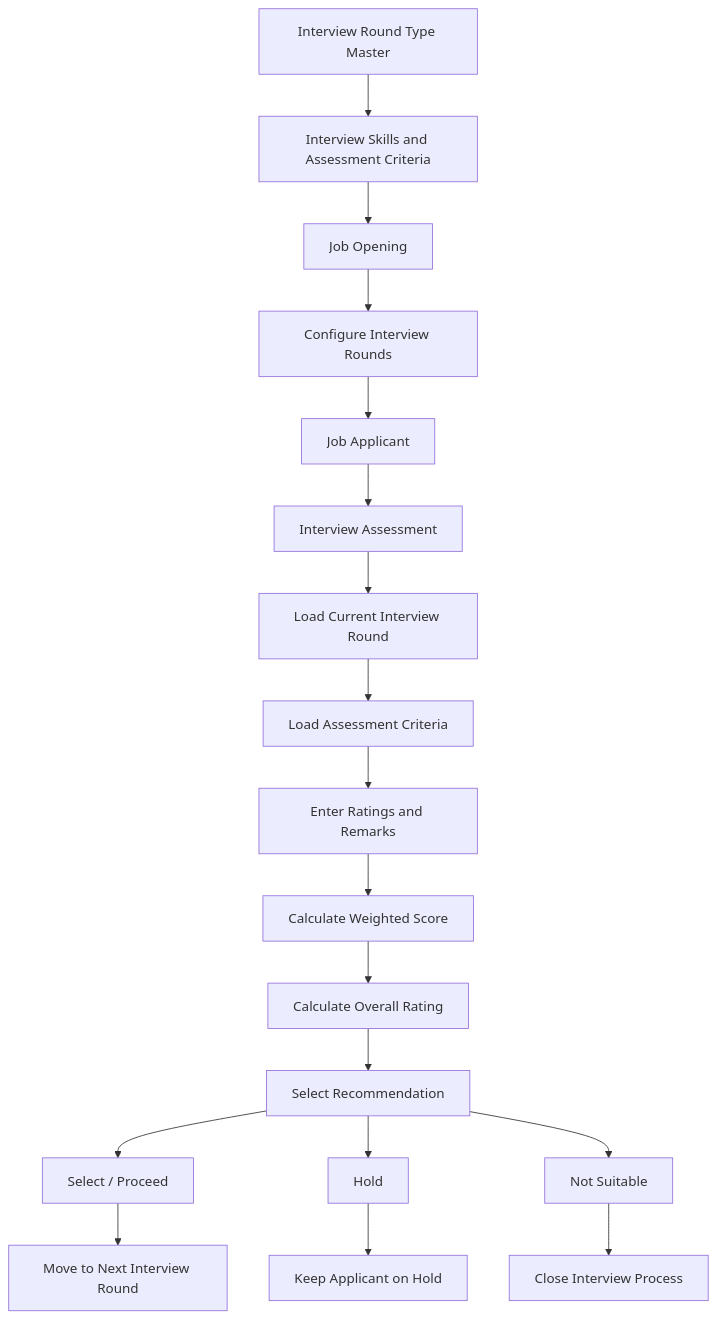
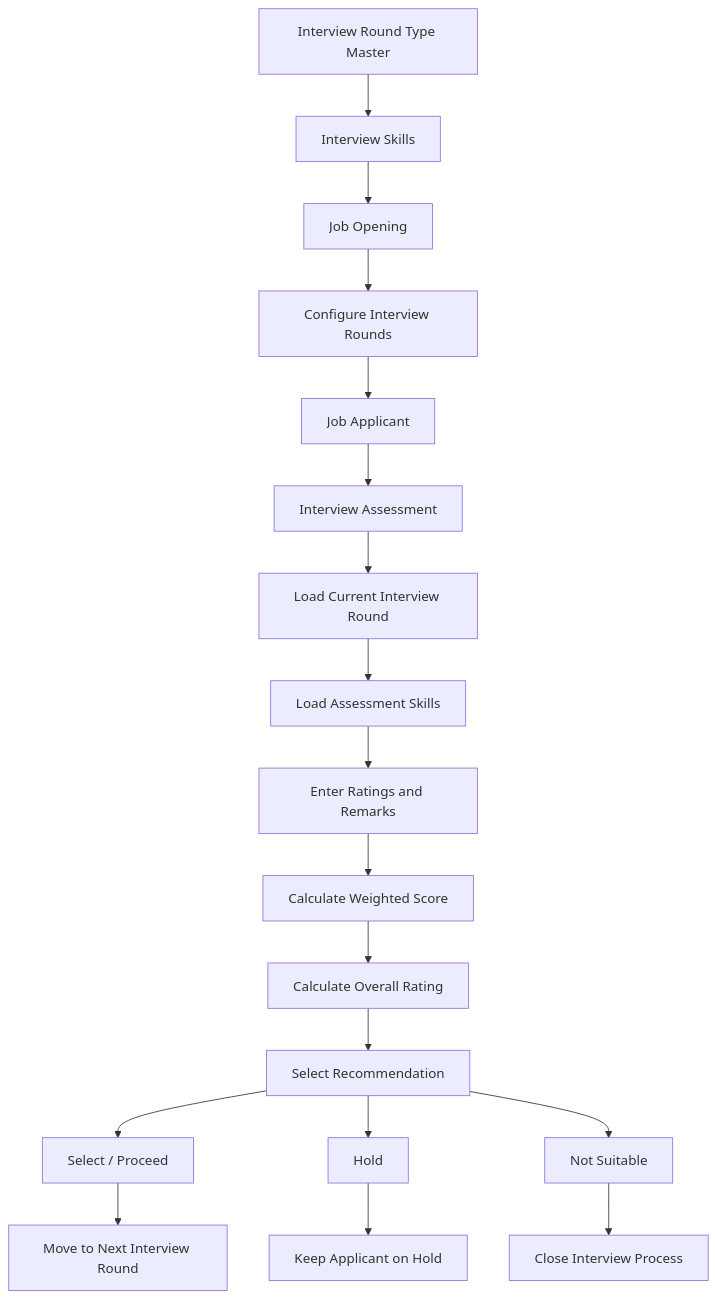
One commit to shravan-kolekar/qauntbit_interview_assisment changed the diagram in README.md. Above: the diagram before and after it, drawn with Mermaid.

Commit message:
Update interview skills and assessment criteria diagram

````diff
--- a/README.md
+++ b/README.md
@@ -183,44 +183,44 @@
 ```mermaid
 flowchart TD
 
     A[Interview Round Type Master]
-    B[Interview Skills and Assessment Criteria]
+    B[Interview Skills ]
     D[Job Opening]
     E[Configure Interview Rounds]
     F[Job Applicant]
     G[Interview Assessment]
     H[Load Current Interview Round]
-    I[Load Assessment Criteria]
+    I[Load Assessment Skills]
     J[Enter Ratings and Remarks]
     K[Calculate Weighted Score]
     L[Calculate Overall Rating]
     M[Select Recommendation]
 
     N[Select / Proceed]
     O[Hold]
     P[Not Suitable]
 
     Q[Move to Next Interview Round]
     R[Keep Applicant on Hold]
     S[Close Interview Process]
 
     A --> B
     B --> D
     D --> E
     E --> F
     F --> G
     G --> H
     H --> I
     I --> J
     J --> K
     K --> L
     L --> M
 
     M --> N
     M --> O
     M --> P
 
     N --> Q
     O --> R
     P --> S
 ```
````
